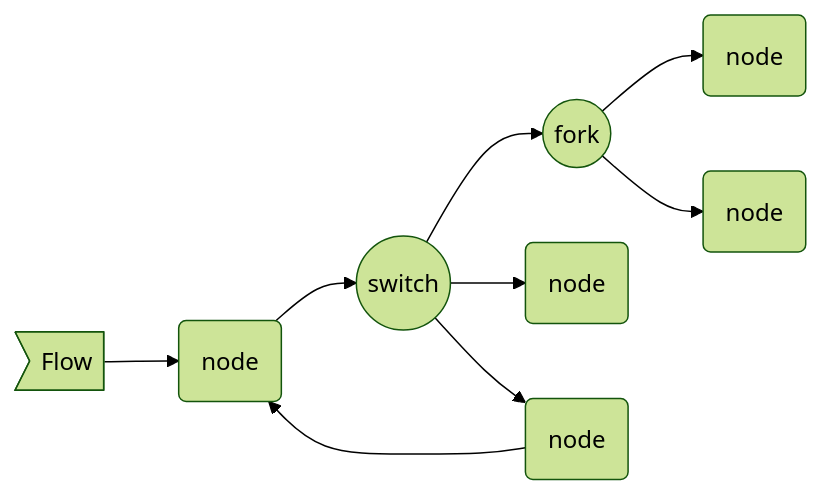
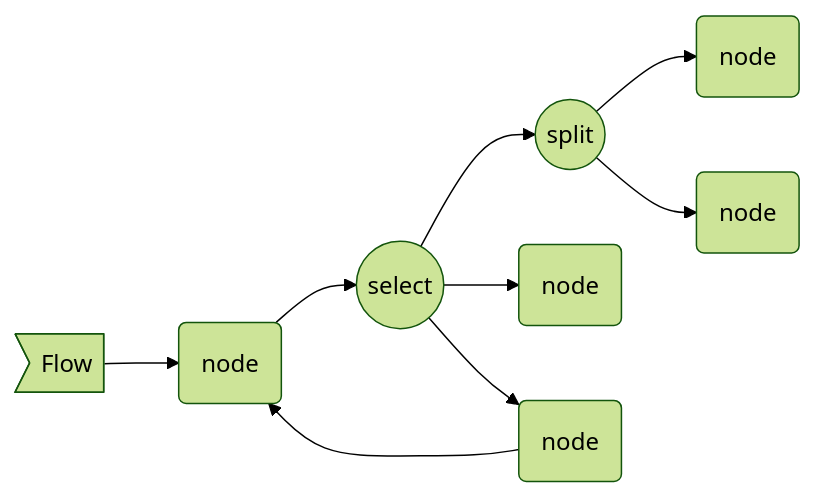
Before and after one commit to ThomasAUB/uflow: the first of 3 diagrams in README.md, drawn with Mermaid (forest theme). The commit also changed other lines of this file, not shown here.

````diff
--- a/README.md
+++ b/README.md
@@ -11,13 +11,12 @@
 ```mermaid
-
 flowchart LR
  
-Flow>Flow] --> A(node) --> switch((switch))
-switch --> fork((fork))
-switch --> B(node)
-switch --> C(node)
+Flow>Flow] --> A(node) --> select((select))
+select --> split((split))
+select --> B(node)
+select --> C(node)
 C --> A
-fork --> D(node)
-fork --> E(node)
+split --> D(node)
+split --> E(node)
 
 ```
````
